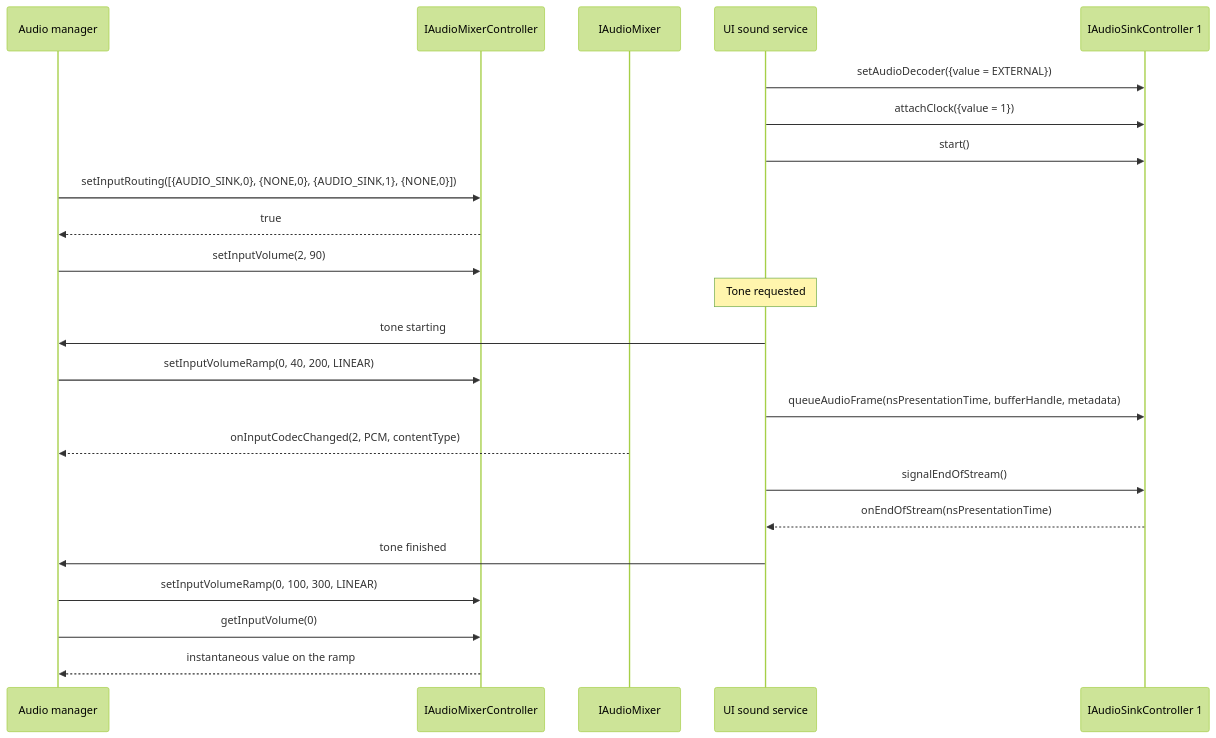
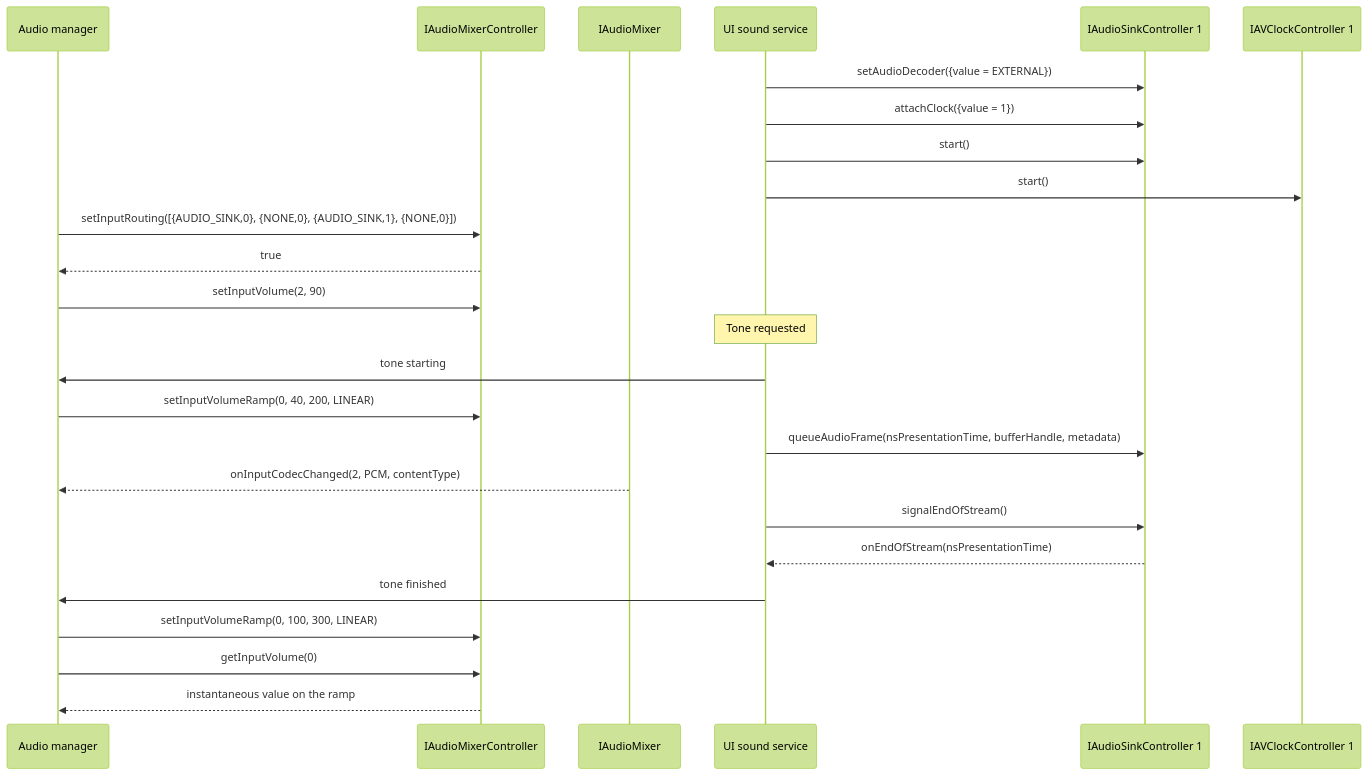
One commit to rdkcentral/rdk-halif-aidl changed the fifth of 9 diagrams in audiomixer/current/docs/use_cases.md. Above: the diagram before and after it, drawn with Mermaid (forest theme). The commit also changed other lines of this file and 1 other file, not shown here.

First line of the commit message:
Fix #354: Correct audiomixer use-case sequences

````diff
--- a/audiomixer/current/docs/use_cases.md
+++ b/audiomixer/current/docs/use_cases.md
@@ -307,26 +311,28 @@
 ```mermaid
 sequenceDiagram
     participant AM as Audio manager
     participant MC as IAudioMixerController
     participant MIX as IAudioMixer
     participant UI as UI sound service
     participant SNK1 as IAudioSinkController 1
+    participant CLK1 as IAVClockController 1
 
     UI->>SNK1: setAudioDecoder({value = EXTERNAL})
     UI->>SNK1: attachClock({value = 1})
     UI->>SNK1: start()
+    UI->>CLK1: start()
     AM->>MC: setInputRouting([{AUDIO_SINK,0}, {NONE,0}, {AUDIO_SINK,1}, {NONE,0}])
     MC-->>AM: true
     AM->>MC: setInputVolume(2, 90)
     Note over UI: Tone requested
     UI->>AM: tone starting
     AM->>MC: setInputVolumeRamp(0, 40, 200, LINEAR)
     UI->>SNK1: queueAudioFrame(nsPresentationTime, bufferHandle, metadata)
     MIX-->>AM: onInputCodecChanged(2, PCM, contentType)
     UI->>SNK1: signalEndOfStream()
     SNK1-->>UI: onEndOfStream(nsPresentationTime)
     UI->>AM: tone finished
     AM->>MC: setInputVolumeRamp(0, 100, 300, LINEAR)
     AM->>MC: getInputVolume(0)
     MC-->>AM: instantaneous value on the ramp
 ```
````
